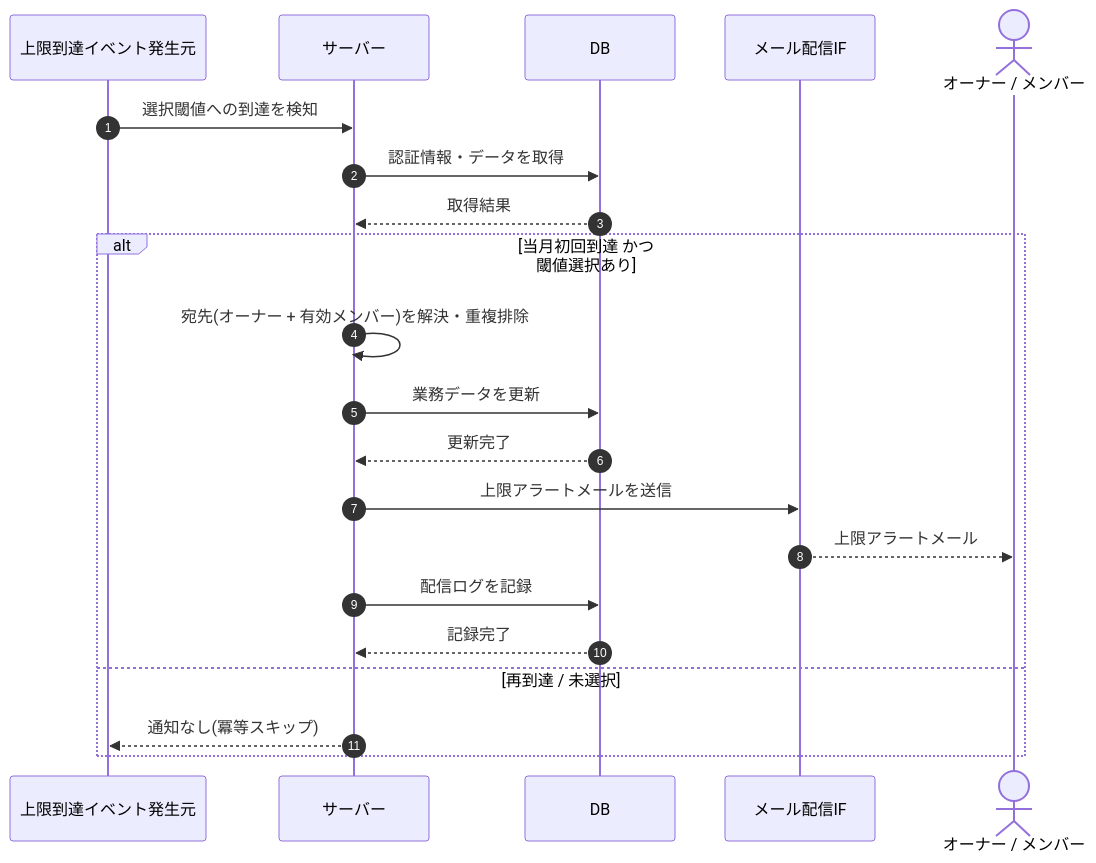
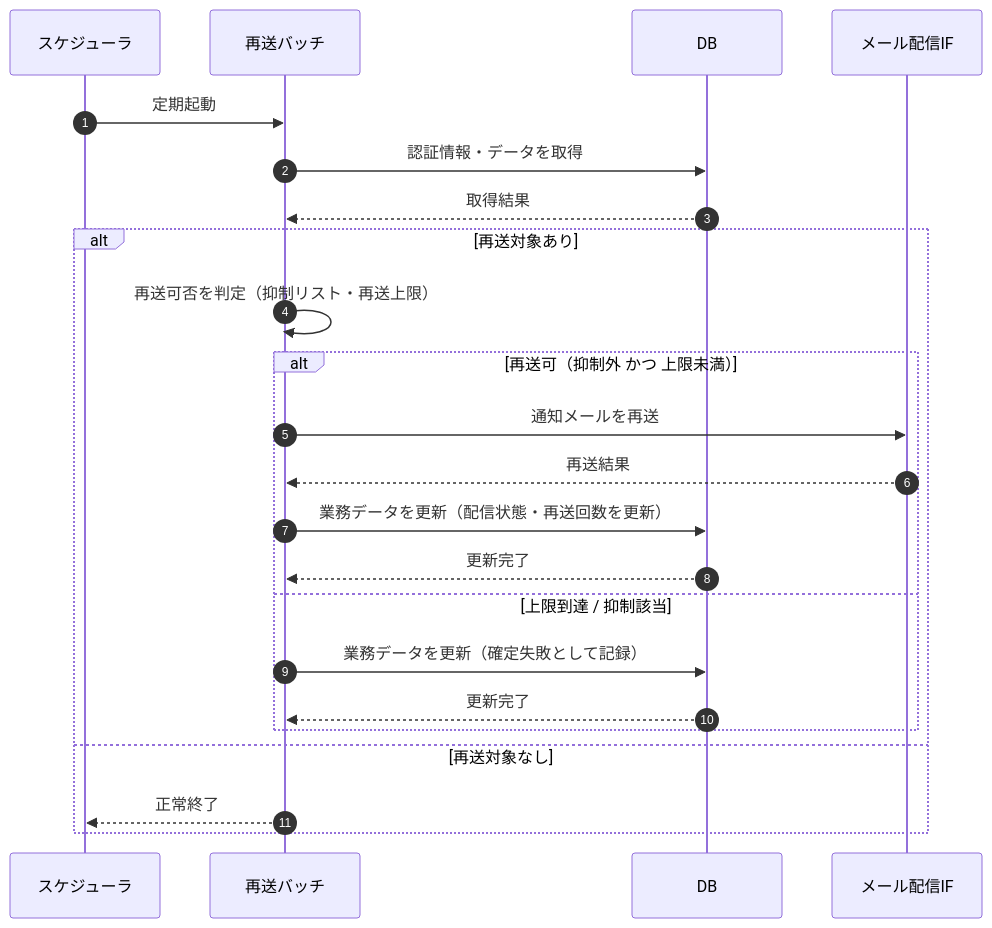
One commit to sikakou54/open-faq changed the diagram in 02_basic_design/03_sequences/SEQ-095.md. Above: the diagram before and after it, drawn with Mermaid. The commit also changed other lines of this file and 99 other files, not shown here.

````diff
--- a/02_basic_design/03_sequences/SEQ-095.md
+++ b/02_basic_design/03_sequences/SEQ-095.md
@@ -25,23 +25,25 @@
 ```mermaid
 sequenceDiagram
   autonumber
-  participant G as 上限到達イベント発生元
-  participant Server as サーバー
+  participant SCH as スケジューラ
+  participant B as 再送バッチ
   participant DB as DB
   participant MAIL as メール配信IF
-  actor U as オーナー / メンバー
-  G->>Server: 選択閾値への到達を検知
-  Server->>DB: 認証情報・データを取得
-  DB-->>Server: 取得結果
-  alt 当月初回到達 かつ 閾値選択あり
-    Server->>Server: 宛先(オーナー + 有効メンバー)を解決・重複排除
-    Server->>DB: 業務データを更新
-    DB-->>Server: 更新完了
-    Server->>MAIL: 上限アラートメールを送信
-    MAIL-->>U: 上限アラートメール
-    Server->>DB: 配信ログを記録
-    DB-->>Server: 記録完了
-  else 再到達 / 未選択
-    Server-->>G: 通知なし(冪等スキップ)
+  SCH->>B: 定期起動
+  B->>DB: 認証情報・データを取得
+  DB-->>B: 取得結果
+  alt 再送対象あり
+    B->>B: 再送可否を判定（抑制リスト・再送上限）
+    alt 再送可（抑制外 かつ 上限未満）
+      B->>MAIL: 通知メールを再送
+      MAIL-->>B: 再送結果
+      B->>DB: 業務データを更新（配信状態・再送回数を更新）
+      DB-->>B: 更新完了
+    else 上限到達 / 抑制該当
+      B->>DB: 業務データを更新（確定失敗として記録）
+      DB-->>B: 更新完了
+    end
+  else 再送対象なし
+    B-->>SCH: 正常終了
   end
 ```
````
